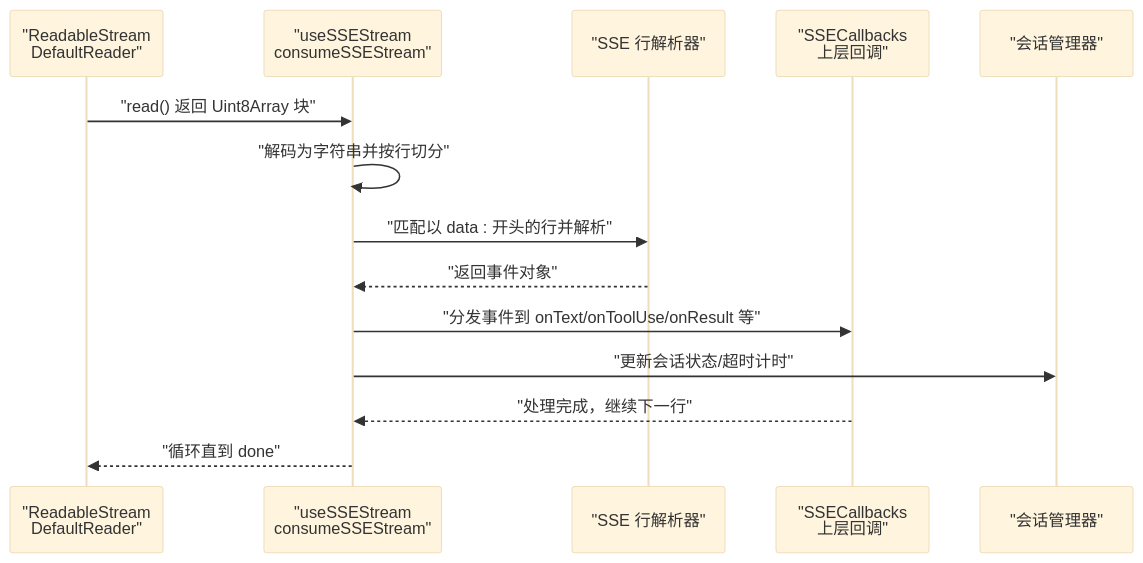
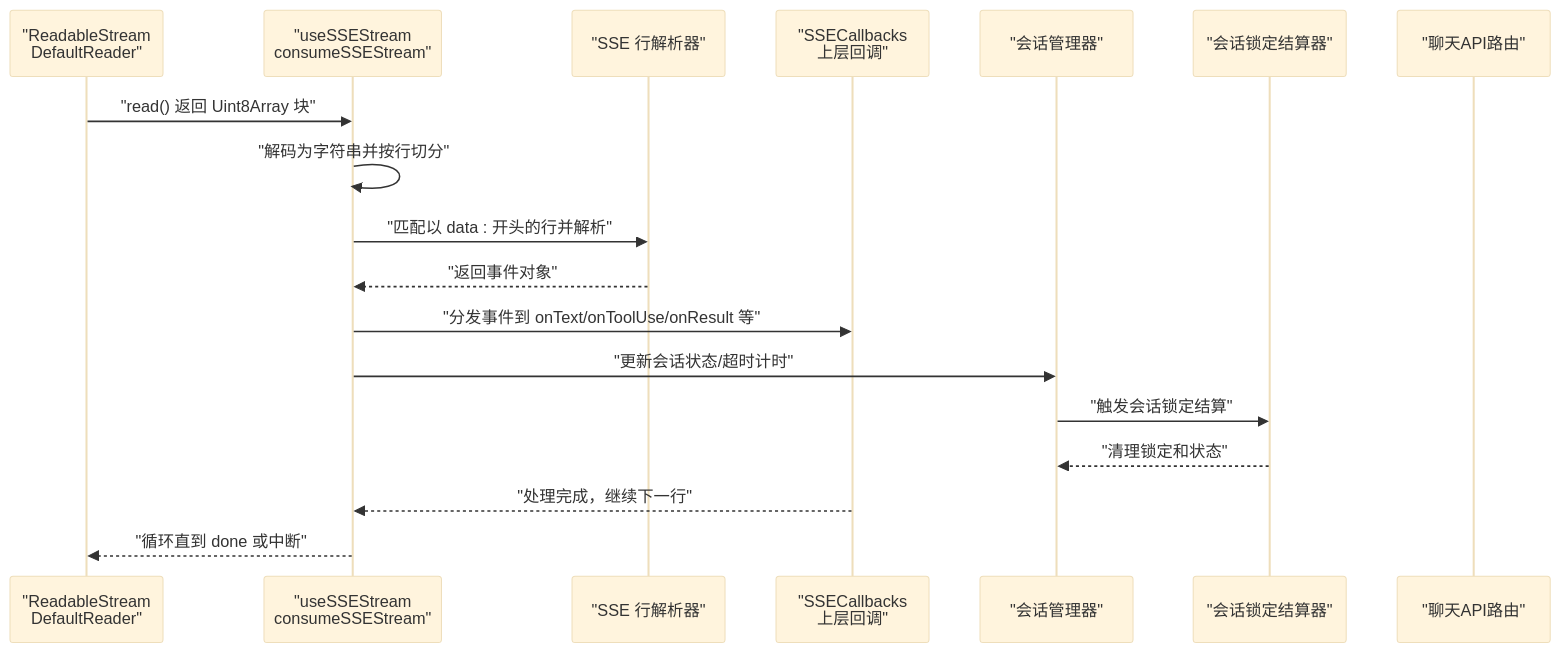
One commit to haolange/CodePilot changed the second of 5 diagrams in .qoder/repowiki/zh/content/核心功能/聊天对话系统/流式响应处理.md. Above: the diagram before and after it, drawn with Mermaid (base theme). The commit also changed other lines of this file and 8 other files, not shown here.

````diff
--- a/.qoder/repowiki/zh/content/核心功能/聊天对话系统/流式响应处理.md
+++ b/.qoder/repowiki/zh/content/核心功能/聊天对话系统/流式响应处理.md
@@ -114,16 +158,20 @@
 ```mermaid
 sequenceDiagram
 participant R as "ReadableStream<br/>DefaultReader"
 participant H as "useSSEStream<br/>consumeSSEStream"
 participant P as "SSE 行解析器"
 participant CB as "SSECallbacks<br/>上层回调"
 participant SM as "会话管理器"
+participant SL as "会话锁定结算器"
+participant API as "聊天API路由"
 R->>H : "read() 返回 Uint8Array 块"
 H->>H : "解码为字符串并按行切分"
 H->>P : "匹配以 data : 开头的行并解析"
 P-->>H : "返回事件对象"
 H->>CB : "分发事件到 onText/onToolUse/onResult 等"
 H->>SM : "更新会话状态/超时计时"
+SM->>SL : "触发会话锁定结算"
+SL-->>SM : "清理锁定和状态"
 CB-->>H : "处理完成，继续下一行"
-H-->>R : "循环直到 done"
+H-->>R : "循环直到 done 或中断"
 ```
````
